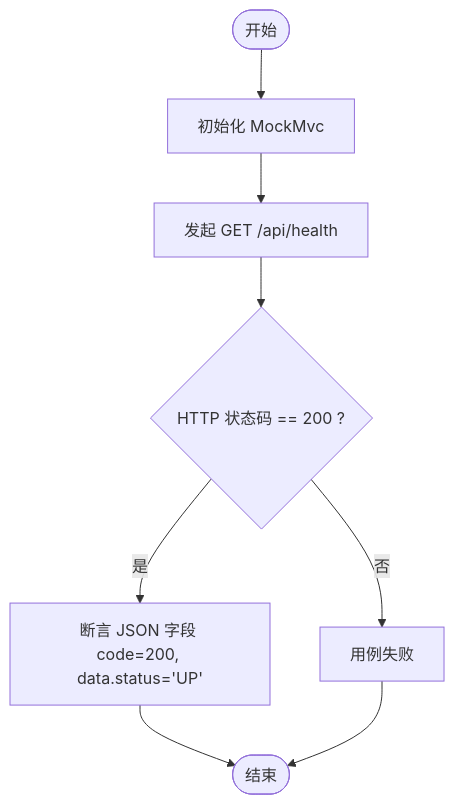
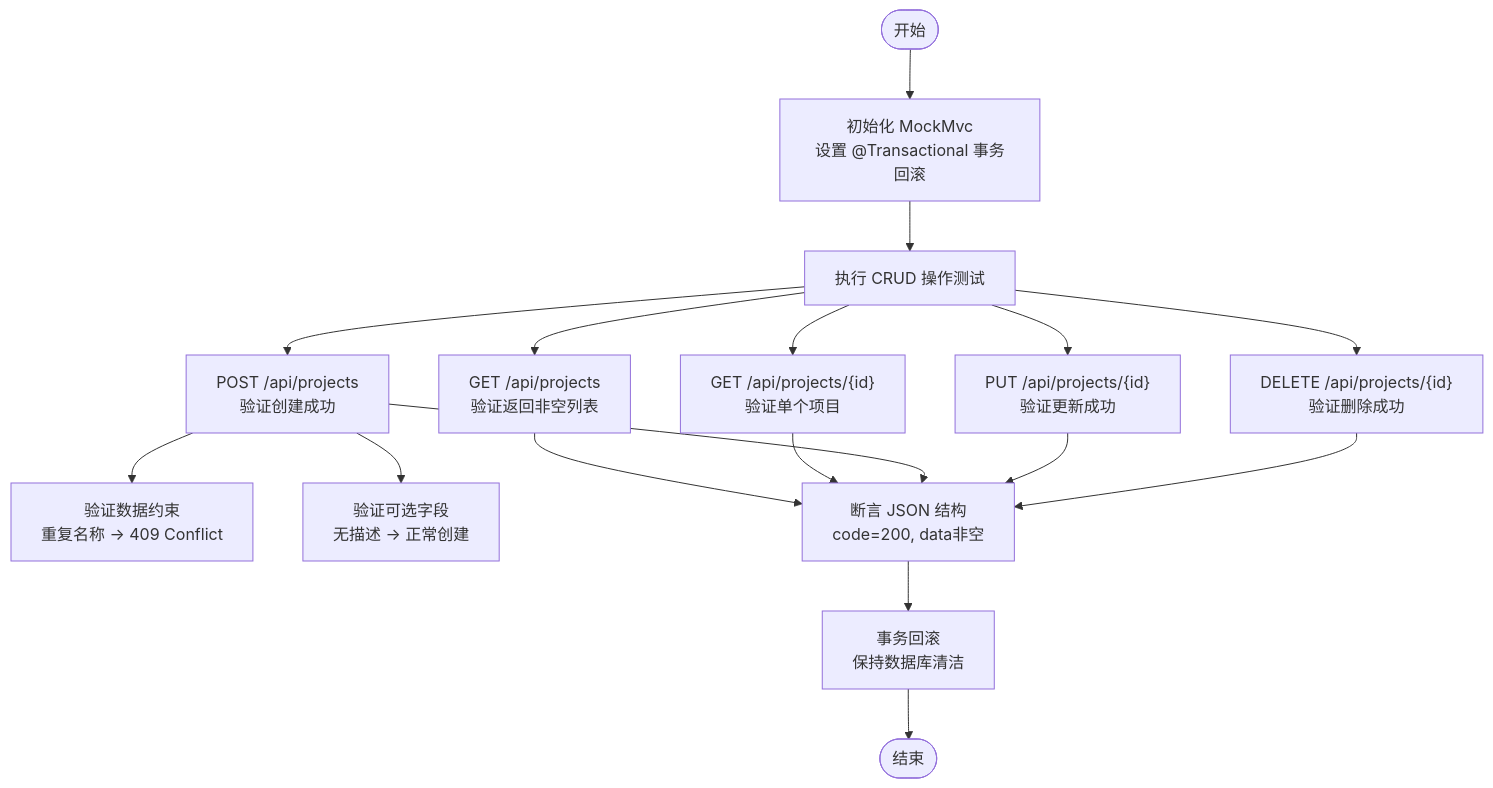
Before and after one commit to zhou9832/test1-qoder: the third of 4 diagrams in .qoder/repowiki/zh/content/测试指南.md, drawn with Mermaid. The commit also changed other lines of this file and 48 other files, not shown here.

````diff
--- a/.qoder/repowiki/zh/content/测试指南.md
+++ b/.qoder/repowiki/zh/content/测试指南.md
@@ -121,10 +195,19 @@
 ```mermaid
 flowchart TD
-Start(["开始"]) --> Setup["初始化 MockMvc"]
-Setup --> Request["发起 GET /api/health"]
-Request --> AssertStatus{"HTTP 状态码 == 200 ?"}
-AssertStatus --> |是| AssertJson["断言 JSON 字段 code=200, data.status='UP'"]
-AssertStatus --> |否| Fail["用例失败"]
-AssertJson --> End(["结束"])
-Fail --> End
+Start(["开始"]) --> Setup["初始化 MockMvc<br/>设置 @Transactional 事务回滚"]
+Setup --> CRUD["执行 CRUD 操作测试"]
+CRUD --> GetAll["GET /api/projects<br/>验证返回非空列表"]
+CRUD --> GetById["GET /api/projects/{id}<br/>验证单个项目"]
+CRUD --> Create["POST /api/projects<br/>验证创建成功"]
+CRUD --> Update["PUT /api/projects/{id}<br/>验证更新成功"]
+CRUD --> Delete["DELETE /api/projects/{id}<br/>验证删除成功"]
+Create --> Validation["验证数据约束<br/>重复名称 → 409 Conflict"]
+Create --> OptionalFields["验证可选字段<br/>无描述 → 正常创建"]
+GetAll --> AssertJson["断言 JSON 结构<br/>code=200, data非空"]
+GetById --> AssertJson
+Create --> AssertJson
+Update --> AssertJson
+Delete --> AssertJson
+AssertJson --> Rollback["事务回滚<br/>保持数据库清洁"]
+Rollback --> End(["结束"])
 ```
````
